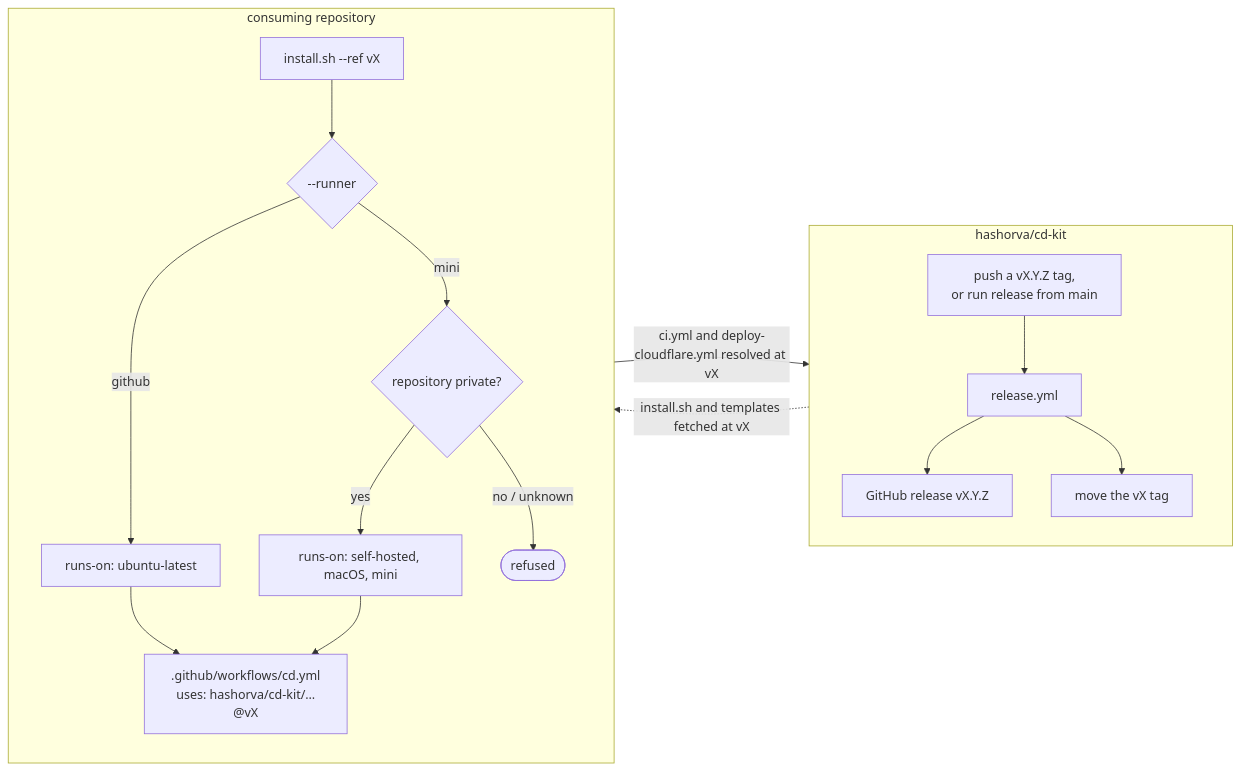
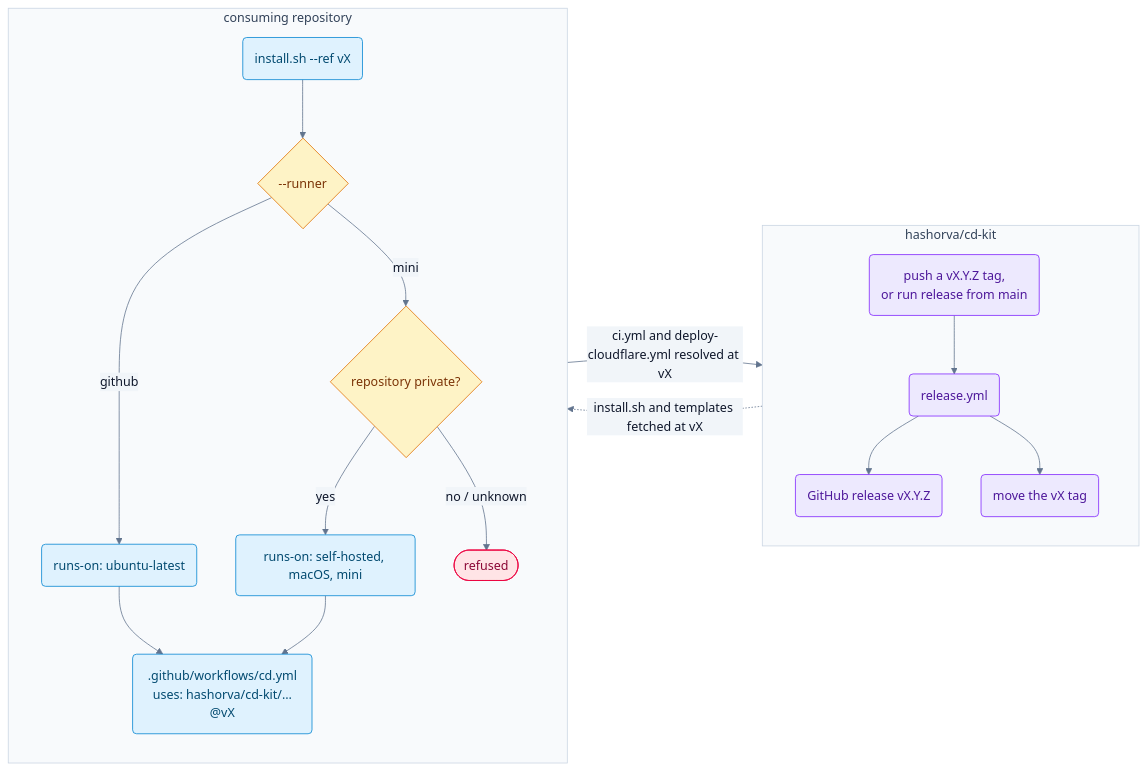
One commit to hashorva/cd-kit changed the second of 2 diagrams in README.md. Above: the diagram before and after it, drawn with Mermaid. The commit also changed other lines of this file, not shown here.

First line of the commit message:
docs: rounded flowchart nodes and Tailwind v4 colors

````diff
--- a/README.md
+++ b/README.md
@@ -45,23 +57,33 @@
 ```mermaid
+%%{init: {"theme": "base", "themeVariables": {"fontFamily": "ui-sans-serif, system-ui, sans-serif", "lineColor": "#62748e", "primaryTextColor": "#0f172b", "edgeLabelBackground": "#f1f5f9", "clusterBkg": "#f8fafc", "clusterBorder": "#cad5e2", "titleColor": "#314158"}}}%%
 flowchart LR
   subgraph kit ["hashorva/cd-kit"]
     direction TB
-    cut["push a vX.Y.Z tag,<br/>or run release from main"] --> release["release.yml"]
-    release --> ghrelease["GitHub release vX.Y.Z"]
-    release --> major["move the vX tag"]
+    cut("push a vX.Y.Z tag,<br/>or run release from main") --> release("release.yml")
+    release --> ghrelease("GitHub release vX.Y.Z")
+    release --> major("move the vX tag")
   end
 
   subgraph consumer ["consuming repository"]
     direction TB
-    run["install.sh --ref vX"] --> runner{"--runner"}
-    runner -- github --> hosted["runs-on: ubuntu-latest"]
+    run("install.sh --ref vX") --> runner{"--runner"}
+    runner -- github --> hosted("runs-on: ubuntu-latest")
     runner -- mini --> visibility{"repository private?"}
-    visibility -- yes --> mini["runs-on: self-hosted, macOS, mini"]
+    visibility -- yes --> mini("runs-on: self-hosted, macOS, mini")
     visibility -- "no / unknown" --> refused(["refused"])
-    hosted --> cd[".github/workflows/cd.yml<br/>uses: hashorva/cd-kit/…@vX"]
+    hosted --> cd(".github/workflows/cd.yml<br/>uses: hashorva/cd-kit/…@vX")
     mini --> cd
   end
 
   major -. "install.sh and templates fetched at vX" .-> run
   cd -- "ci.yml and deploy-cloudflare.yml resolved at vX" --> major
+
+  classDef release fill:#ede9fe,stroke:#7f22fe,color:#4d179a
+  classDef install fill:#dff2fe,stroke:#0084d1,color:#024a70
+  classDef decision fill:#fef3c6,stroke:#e17100,color:#7b3306
+  classDef refused fill:#ffe4e6,stroke:#ec003f,color:#8b0836
+  class cut,release,ghrelease,major release
+  class run,hosted,mini,cd install
+  class runner,visibility decision
+  class refused refused
 ```
````
